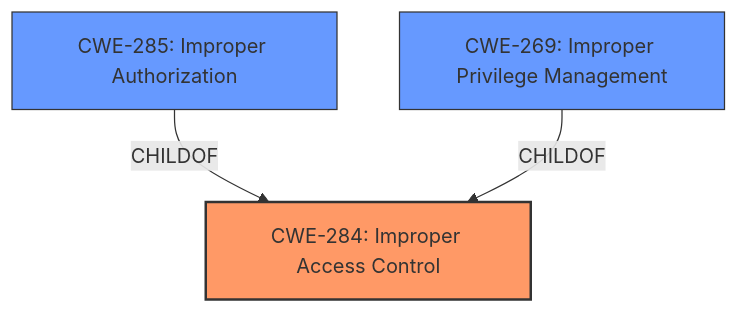
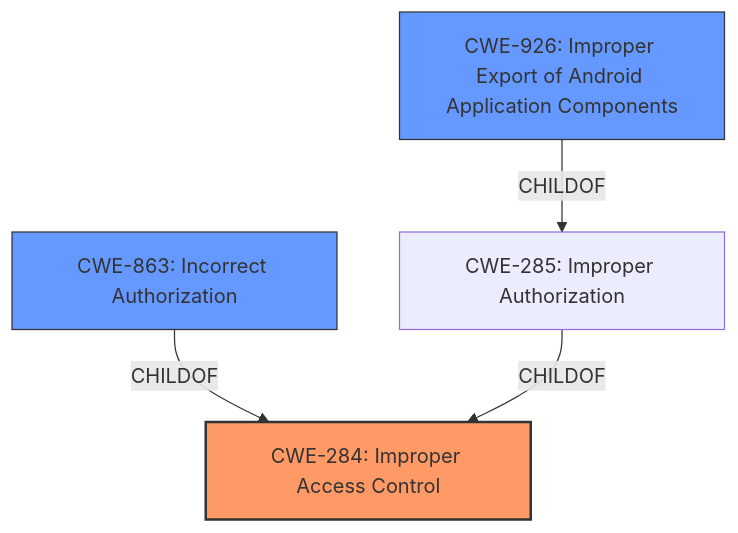
The diagram in CVE-2021-25337/CVE-2021-25337_analysis.md (CyberSecAI/cwe_agent_assign_reports_2023), drawn with Mermaid before and after one commit. The commit also changed other lines of this file and 902 other files, not shown here.

````diff
--- a/CVE-2021-25337/CVE-2021-25337_analysis.md
+++ b/CVE-2021-25337/CVE-2021-25337_analysis.md
@@ -16,15 +18,17 @@
 ```mermaid
 graph TD
     cwe284["CWE-284: Improper Access Control"]
+    cwe863["CWE-863: Incorrect Authorization"]
     cwe285["CWE-285: Improper Authorization"]
-    cwe269["CWE-269: Improper Privilege Management"]
+    cwe926["CWE-926: Improper Export of Android Application Components"]
     
+    cwe863 -->|CHILDOF| cwe284
     cwe285 -->|CHILDOF| cwe284
-    cwe269 -->|CHILDOF| cwe284
+    cwe926 -->|CHILDOF| cwe285
     
     classDef primary fill:#f96,stroke:#333,stroke-width:2px
     classDef secondary fill:#69f,stroke:#333
-    
+    classDef tertiary fill:#9e9,stroke:#333
     class cwe284 primary
-    class cwe285,cwe269 secondary
+    class cwe863,cwe926 secondary
 ```
````
